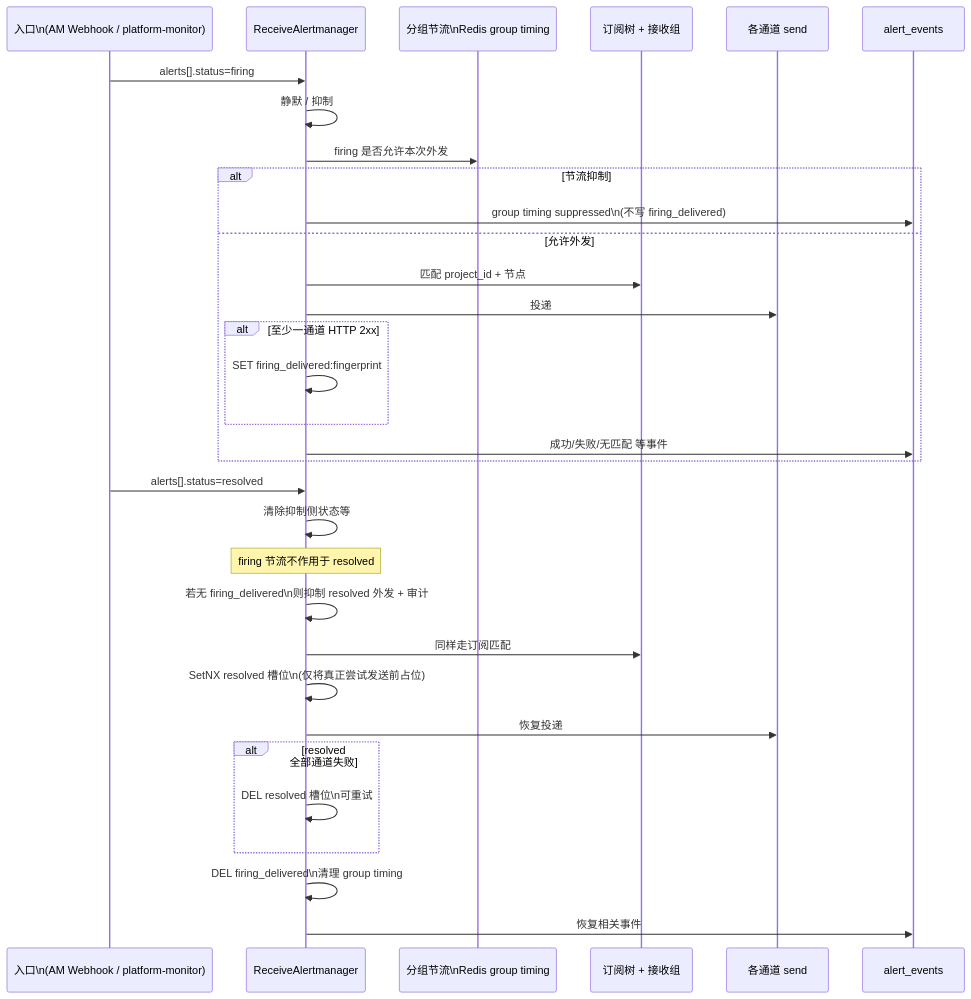
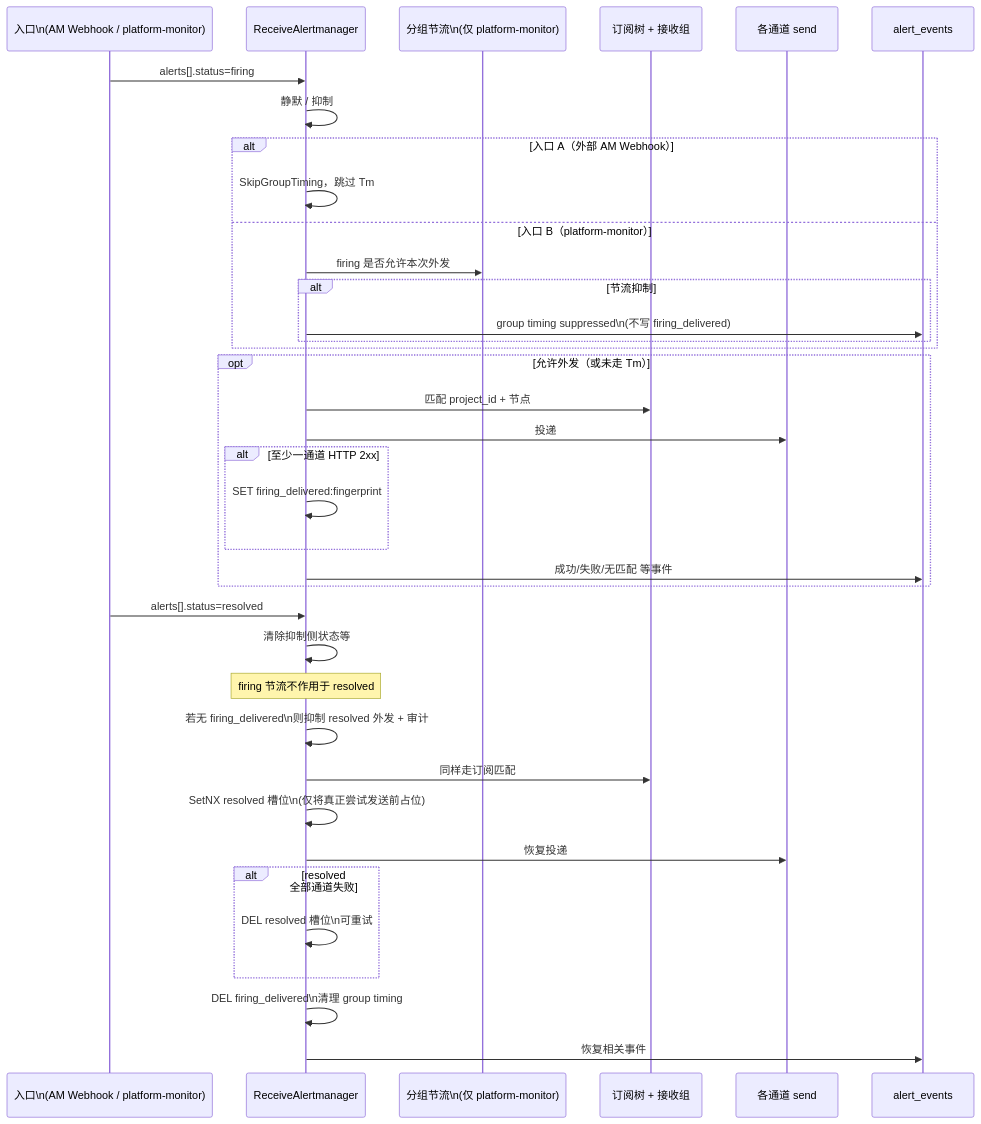
Before and after one commit to AshesToVow/yunshu: the third of 3 diagrams in docs/alert-routing-and-delivery-guide.md, drawn with Mermaid. The commit also changed other lines of this file and 69 other files, not shown here.

````diff
--- a/docs/alert-routing-and-delivery-guide.md
+++ b/docs/alert-routing-and-delivery-guide.md
@@ -63,36 +114,41 @@
 ```mermaid
 sequenceDiagram
   participant Src as 入口\n(AM Webhook / platform-monitor)
   participant Rcv as ReceiveAlertmanager
-  participant Tm as 分组节流\nRedis group timing
+  participant Tm as 分组节流\n(仅 platform-monitor)
   participant Sub as 订阅树 + 接收组
   participant Ch as 各通道 send
   participant DB as alert_events
 
   Src->>Rcv: alerts[].status=firing
   Rcv->>Rcv: 静默 / 抑制
-  Rcv->>Tm: firing 是否允许本次外发
-  alt 节流抑制
-    Rcv->>DB: group timing suppressed\n(不写 firing_delivered)
-  else 允许外发
+  alt 入口 A（外部 AM Webhook）
+    Rcv->>Rcv: SkipGroupTiming，跳过 Tm
+  else 入口 B（platform-monitor）
+    Rcv->>Tm: firing 是否允许本次外发
+    alt 节流抑制
+      Rcv->>DB: group timing suppressed\n(不写 firing_delivered)
+    end
+  end
+  opt 允许外发（或未走 Tm）
     Rcv->>Sub: 匹配 project_id + 节点
     Rcv->>Ch: 投递
     alt 至少一通道 HTTP 2xx
       Rcv->>Rcv: SET firing_delivered:fingerprint
     end
     Rcv->>DB: 成功/失败/无匹配 等事件
   end
 
   Src->>Rcv: alerts[].status=resolved
   Rcv->>Rcv: 清除抑制侧状态等
   Note over Rcv: firing 节流不作用于 resolved
   Rcv->>Rcv: 若无 firing_delivered\n则抑制 resolved 外发 + 审计
   Rcv->>Sub: 同样走订阅匹配
   Rcv->>Rcv: SetNX resolved 槽位\n(仅将真正尝试发送前占位)
   Rcv->>Ch: 恢复投递
   alt resolved 全部通道失败
     Rcv->>Rcv: DEL resolved 槽位\n可重试
   end
   Rcv->>Rcv: DEL firing_delivered\n清理 group timing
   Rcv->>DB: 恢复相关事件
 ```
````
